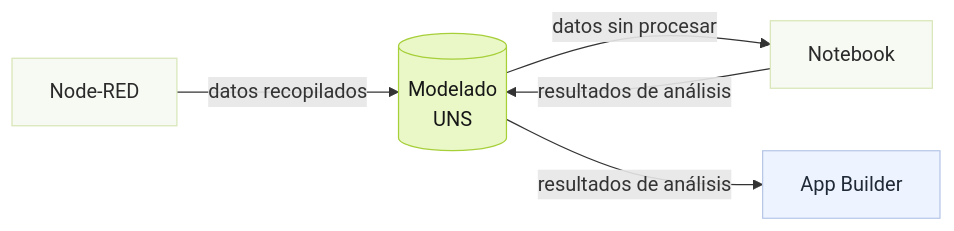
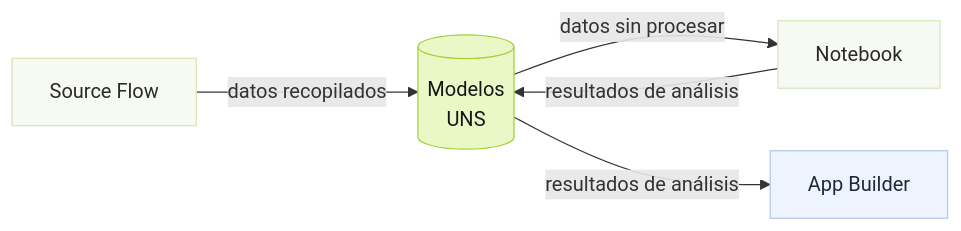
One commit to FREEZONEX/Tier0-docs-site changed the diagram in src/content/docs/es/best-practice/analytics-apps.mdx. Above: the diagram before and after it, drawn with Mermaid. The commit also changed other lines of this file and 93 other files, not shown here.

````diff
--- a/src/content/docs/es/best-practice/analytics-apps.mdx
+++ b/src/content/docs/es/best-practice/analytics-apps.mdx
@@ -12,14 +12,14 @@
 ```mermaid
 flowchart LR
-  collect["Node-RED"] -->|"datos recopilados"| uns[("Modelado<br/>UNS")]
+  collect["Source Flow"] -->|"datos recopilados"| uns[("Modelos<br/>UNS")]
   uns -->|"datos sin procesar"| notebook["Notebook"]
   notebook -->|"resultados de análisis"| uns
   uns -->|"resultados de análisis"| builder["App Builder"]
 
   classDef t0accent fill:#EAF8C8,stroke:#A6CF38,stroke-width:1px,color:#171717
   classDef t0soft fill:#F7FAF2,stroke:#D8E6B8,stroke-width:1px,color:#2A2A2A
   classDef t0agent fill:#EEF4FF,stroke:#B7C7E8,stroke-width:1px,color:#1F2937
   class uns t0accent
   class collect,notebook t0soft
   class builder t0agent
 ```
````
